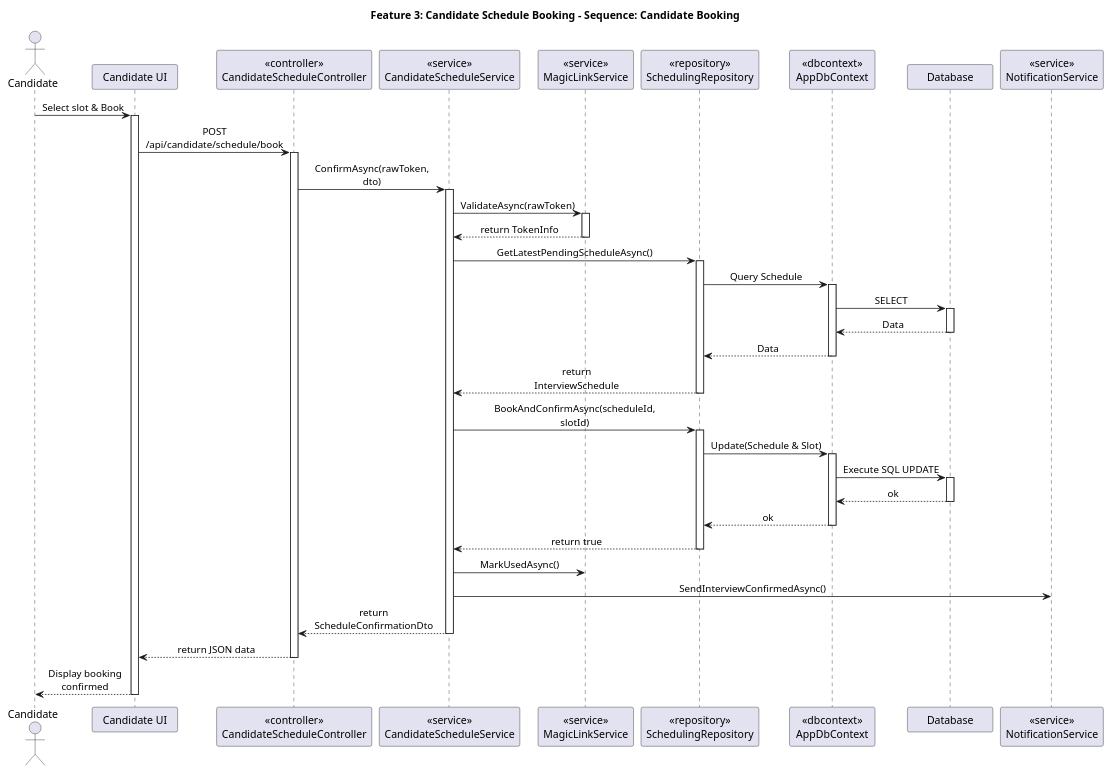
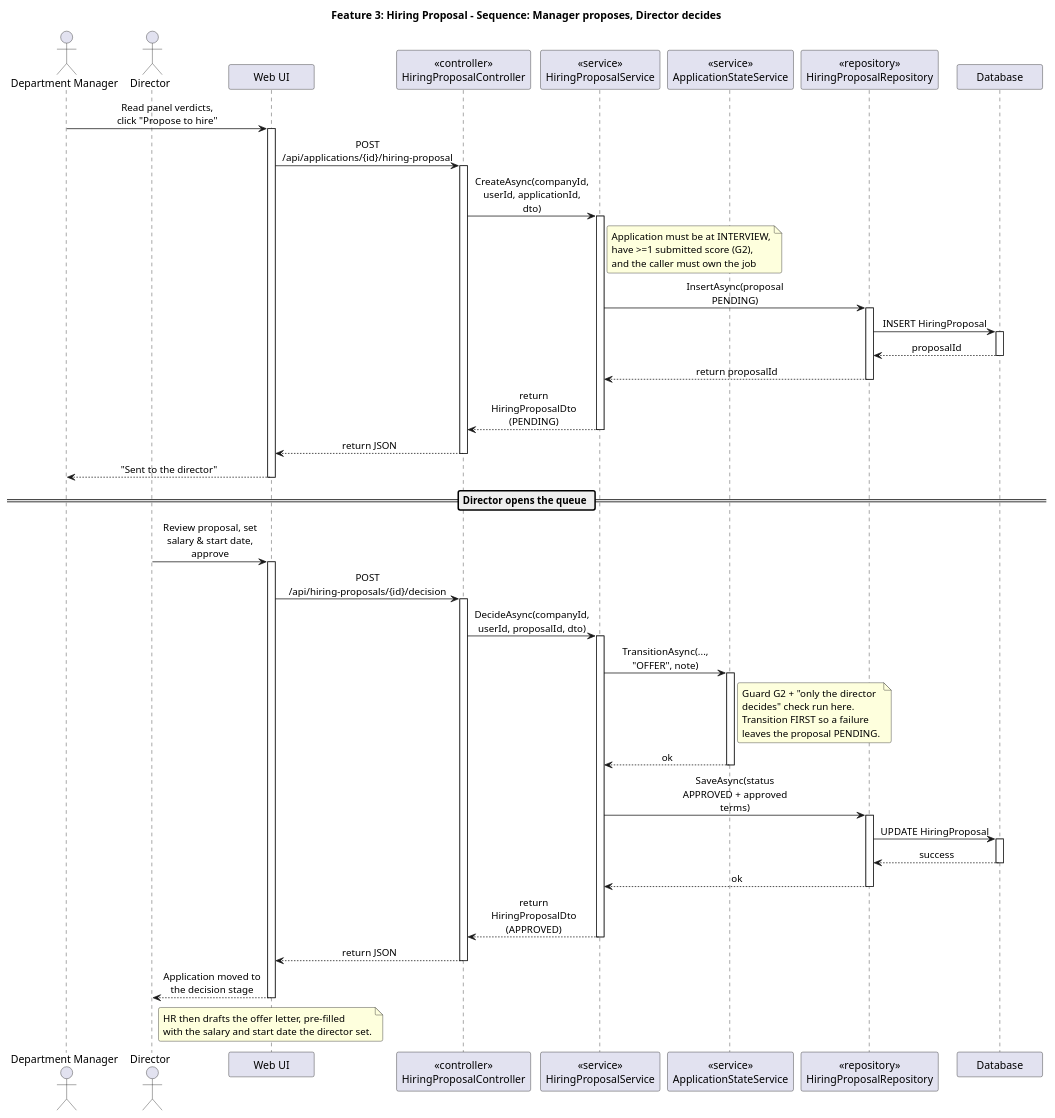
Before and after one commit to xXIOrehIXx/SRIS-Smart-Recruitment-and-Interview-System: the diagram in Development/backend/docs/features/feature3_seq_1.puml, drawn with PlantUML. The commit also changed 72 other files, not shown here.

First line of the commit message:
feat(pipeline): add Director role and drop candidate self-scheduling

```diff
--- a/Development/backend/docs/features/feature3_seq_1.puml
+++ b/Development/backend/docs/features/feature3_seq_1.puml
@@ -1,71 +1,78 @@
 @startuml Feature3_Seq_1
 skinparam maxMessageSize 150
 skinparam sequenceMessageAlign center
 skinparam roundcorner 5
 skinparam minClassWidth 100
 
-title **Feature 3: Candidate Schedule Booking - Sequence: Candidate Booking**
+title **Feature 3: Hiring Proposal - Sequence: Manager proposes, Director decides**
 
-actor Candidate
-participant "Candidate UI" as UI
-participant "<<controller>>\nCandidateScheduleController" as Ctrl
-participant "<<service>>\nCandidateScheduleService" as Svc
-participant "<<service>>\nMagicLinkService" as MagicLink
-participant "<<repository>>\nSchedulingRepository" as Repo
-participant "<<dbcontext>>\nAppDbContext" as DbContext
+actor "Department Manager" as DM
+actor Director
+participant "Web UI" as UI
+participant "<<controller>>\nHiringProposalController" as Ctrl
+participant "<<service>>\nHiringProposalService" as Svc
+participant "<<service>>\nApplicationStateService" as StateSvc
+participant "<<repository>>\nHiringProposalRepository" as Repo
 participant "Database" as DB
-participant "<<service>>\nNotificationService" as Notify
 
-Candidate -> UI: Select slot & Book
+DM -> UI: Read panel verdicts, click "Propose to hire"
 activate UI
 
-UI -> Ctrl: POST /api/candidate/schedule/book
+UI -> Ctrl: POST /api/applications/{id}/hiring-proposal
 activate Ctrl
 
-Ctrl -> Svc: ConfirmAsync(rawToken, dto)
+Ctrl -> Svc: CreateAsync(companyId, userId, applicationId, dto)
+activate Svc
+note right of Svc: Application must be at INTERVIEW,\nhave >=1 submitted score (G2),\nand the caller must own the job
+
+Svc -> Repo: InsertAsync(proposal PENDING)
+activate Repo
+Repo -> DB: INSERT HiringProposal
+activate DB
+DB --> Repo: proposalId
+deactivate DB
+Repo --> Svc: return proposalId
+deactivate Repo
+
+Svc --> Ctrl: return HiringProposalDto (PENDING)
+deactivate Svc
+Ctrl --> UI: return JSON
+deactivate Ctrl
+UI --> DM: "Sent to the director"
+deactivate UI
+
+== Director opens the queue ==
+
+Director -> UI: Review proposal, set salary & start date, approve
+activate UI
+
+UI -> Ctrl: POST /api/hiring-proposals/{id}/decision
+activate Ctrl
+
+Ctrl -> Svc: DecideAsync(companyId, userId, proposalId, dto)
 activate Svc
 
-Svc -> MagicLink: ValidateAsync(rawToken)
-activate MagicLink
-MagicLink --> Svc: return TokenInfo
-deactivate MagicLink
+Svc -> StateSvc: TransitionAsync(..., "OFFER", note)
+activate StateSvc
+note right of StateSvc: Guard G2 + "only the director\ndecides" check run here.\nTransition FIRST so a failure\nleaves the proposal PENDING.
+StateSvc --> Svc: ok
+deactivate StateSvc
 
-Svc -> Repo: GetLatestPendingScheduleAsync()
+Svc -> Repo: SaveAsync(status APPROVED + approved terms)
 activate Repo
-Repo -> DbContext: Query Schedule
-activate DbContext
-DbContext -> DB: SELECT
+Repo -> DB: UPDATE HiringProposal
 activate DB
-DB --> DbContext: Data
+DB --> Repo: success
 deactivate DB
-DbContext --> Repo: Data
-deactivate DbContext
-Repo --> Svc: return InterviewSchedule
+Repo --> Svc: ok
 deactivate Repo
 
-Svc -> Repo: BookAndConfirmAsync(scheduleId, slotId)
-activate Repo
-Repo -> DbContext: Update(Schedule & Slot)
-activate DbContext
-DbContext -> DB: Execute SQL UPDATE
-activate DB
-DB --> DbContext: ok
-deactivate DB
-DbContext --> Repo: ok
-deactivate DbContext
-Repo --> Svc: return true
-deactivate Repo
+Svc --> Ctrl: return HiringProposalDto (APPROVED)
+deactivate Svc
+Ctrl --> UI: return JSON
+deactivate Ctrl
+UI --> Director: Application moved to the decision stage
+deactivate UI
 
-Svc -> MagicLink: MarkUsedAsync()
-
-Svc -> Notify: SendInterviewConfirmedAsync()
-
-Svc --> Ctrl: return ScheduleConfirmationDto
-deactivate Svc
-
-Ctrl --> UI: return JSON data
-deactivate Ctrl
-
-UI --> Candidate: Display booking confirmed
-deactivate UI
+note over UI: HR then drafts the offer letter, pre-filled\nwith the salary and start date the director set.
 @enduml
```
